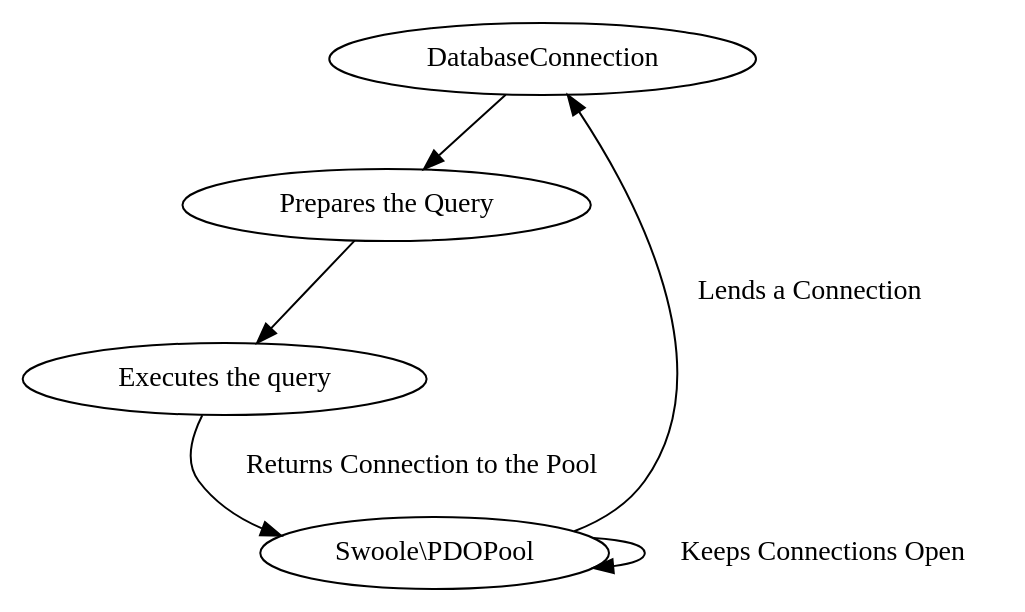
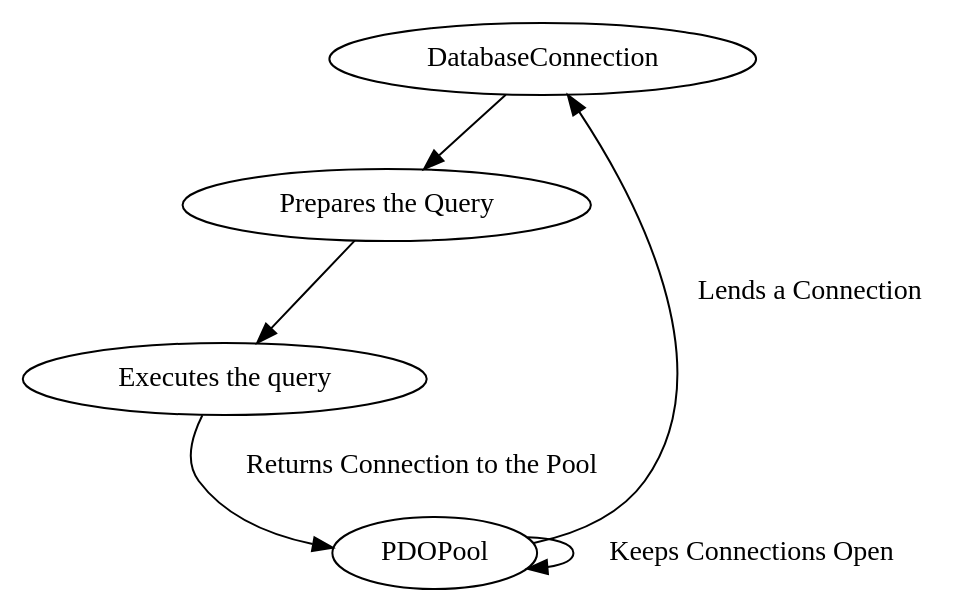
One commit to distantmagic/resonance changed the diagram in docs/pages/docs/features/database/swoole/database-queries.md. Above: the diagram before and after it, drawn with Graphviz. The commit also changed other lines of this file and 65 other files, not shown here.

````diff
--- a/docs/pages/docs/features/database/swoole/database-queries.md
+++ b/docs/pages/docs/features/database/swoole/database-queries.md
@@ -28,14 +28,14 @@
 ```graphviz render
 digraph { 
     database_connection [label="DatabaseConnection"];
     execute [label="Executes the query"];
-    pdo_pool [label="Swoole\\PDOPool"];
+    pdo_pool [label="PDOPool"];
     prepare [label="Prepares the Query"];
 
     pdo_pool -> database_connection [label="Lends a Connection"];
     database_connection -> prepare;
     prepare -> execute;
     execute -> pdo_pool [label="Returns Connection to the Pool"];
     pdo_pool -> pdo_pool [label="Keeps Connections Open"];
 }
 ```
````
